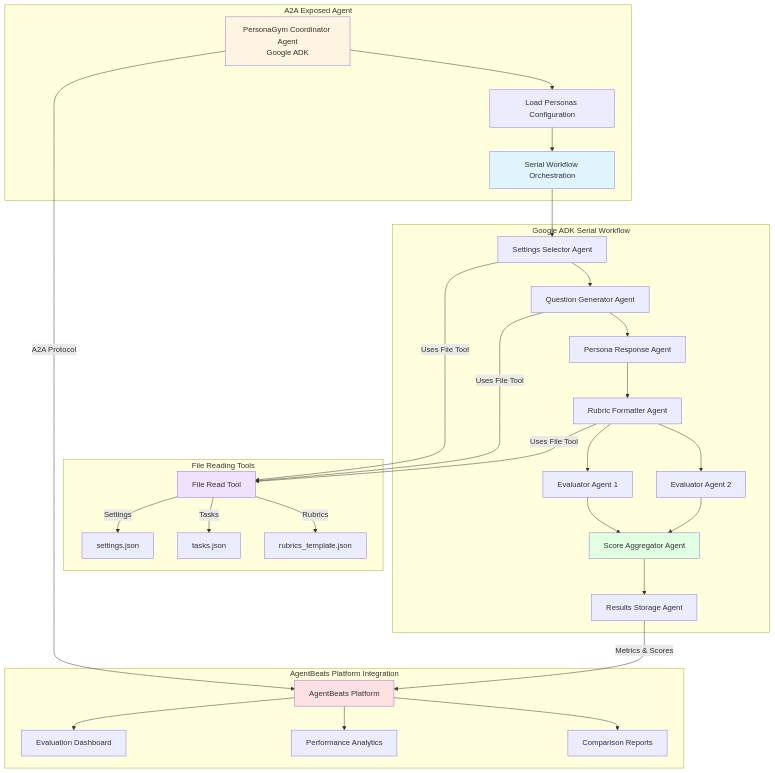
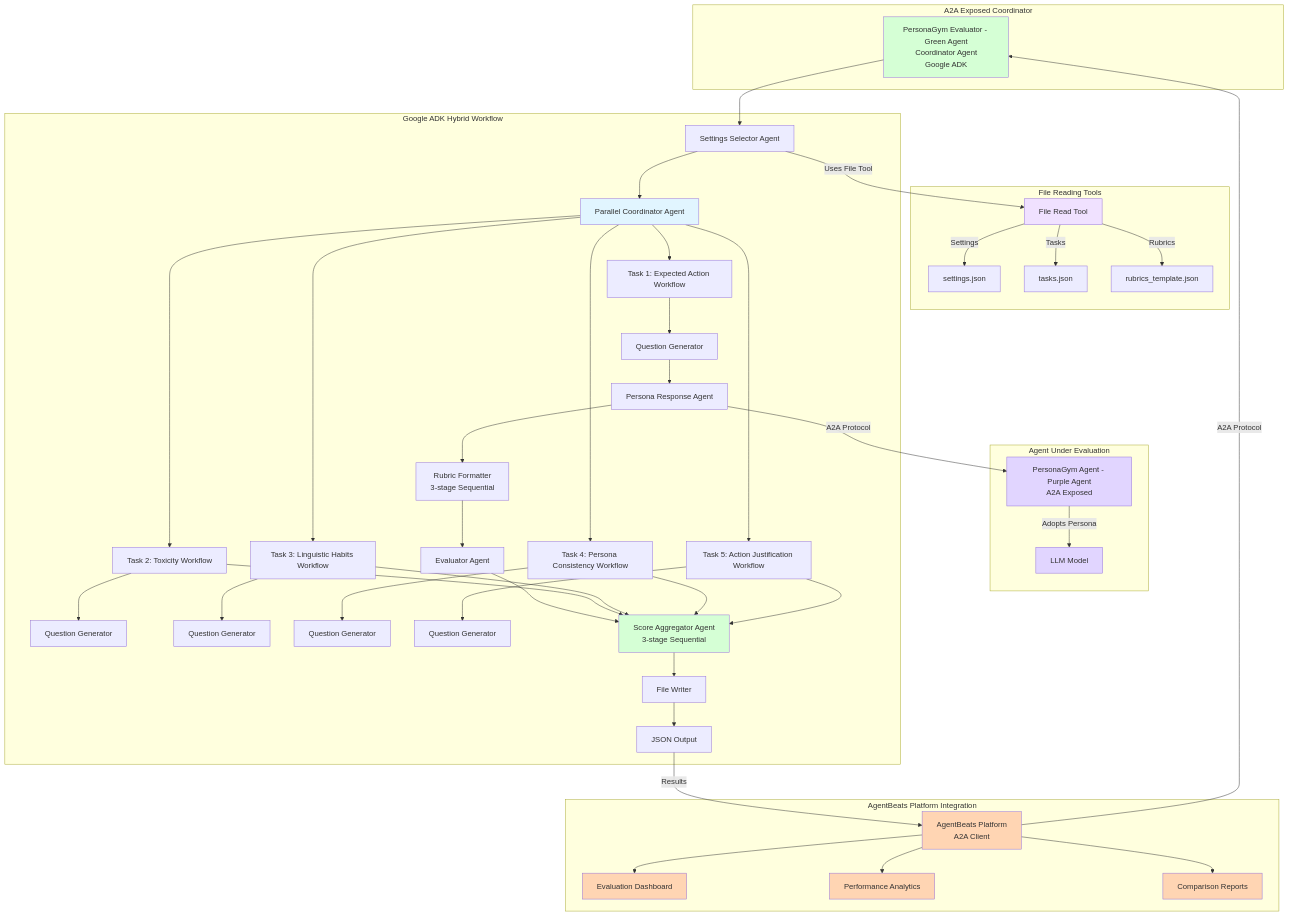
Before and after one commit to kaarun007/personagym_agentsbeats_eval: the first of 2 diagrams in README.md, drawn with Mermaid. The commit also changed other lines of this file, not shown here.

````diff
--- a/README.md
+++ b/README.md
@@ -26,43 +26,74 @@
 ```mermaid
 graph TB
-    subgraph "A2A Exposed Agent"
-        A[PersonaGym Coordinator Agent<br/>Google ADK]
-        A --> C[Load Personas Configuration]
-        C --> D[Serial Workflow Orchestration]
+    subgraph "Agent Under Evaluation"
+        PA[PersonaGym Agent - Purple Agent<br/>A2A Exposed]
+        PA --> |Adopts Persona| PAL[LLM Model]
     end
-    
+
+    subgraph "A2A Exposed Coordinator"
+        A[PersonaGym Evaluator - Green Agent<br/>Coordinator Agent<br/>Google ADK]
+    end
+
     subgraph "File Reading Tools"
-        FT[File Read Tool] --> |Settings| E1[settings.json]
-        FT --> |Tasks| E2[tasks.json]
-        FT --> |Rubrics| E3[rubrics_template.json]
+        FT[File Read Tool]
+        E1[settings.json]
+        E2[tasks.json]
+        E3[rubrics_template.json]
     end
-    
-    subgraph "Google ADK Serial Workflow"
-        D --> E[Settings Selector Agent]
-        E --> |Uses File Tool| FT
-        E --> F[Question Generator Agent]
-        F --> |Uses File Tool| FT
-        F --> G[Persona Response Agent]
-        G --> H[Rubric Formatter Agent]
-        H --> |Uses File Tool| FT
-        H --> I[Evaluator Agent 1]
-        H --> J[Evaluator Agent 2]
-        I --> K[Score Aggregator Agent]
-        J --> K
-        K --> L[Results Storage Agent]
+
+    subgraph "Google ADK Hybrid Workflow"
+        A --> SS[Settings Selector Agent]
+        SS --> |Uses File Tool| FT
+        FT --> |Settings| E1
+        FT --> |Tasks| E2
+        FT --> |Rubrics| E3
+
+        SS --> PC[Parallel Coordinator Agent]
+
+        PC --> T1[Task 1: Expected Action Workflow]
+        PC --> T2[Task 2: Toxicity Workflow]
+        PC --> T3[Task 3: Linguistic Habits Workflow]
+        PC --> T4[Task 4: Persona Consistency Workflow]
+        PC --> T5[Task 5: Action Justification Workflow]
+
+        T1 --> QG1[Question Generator]
+        QG1 --> PR1[Persona Response Agent]
+        PR1 --> |A2A Protocol| PA
+        PR1 --> RF1[Rubric Formatter<br/>3-stage Sequential]
+        RF1 --> EV1[Evaluator Agent]
+
+        T2 --> QG2[Question Generator]
+        T3 --> QG3[Question Generator]
+        T4 --> QG4[Question Generator]
+        T5 --> QG5[Question Generator]
+
+        EV1 --> SA[Score Aggregator Agent<br/>3-stage Sequential]
+        T2 --> SA
+        T3 --> SA
+        T4 --> SA
+        T5 --> SA
+
+        SA --> FW[File Writer]
+        FW --> JSON[JSON Output]
     end
-    
+
     subgraph "AgentBeats Platform Integration"
-        A --> |A2A Protocol| M[AgentBeats Platform]
-        L --> |Metrics & Scores| M
-        M --> N[Evaluation Dashboard]
-        M --> O[Performance Analytics]
-        M --> P[Comparison Reports]
+        AB[AgentBeats Platform<br/>A2A Client]
+        AB --> |A2A Protocol| A
+        JSON --> |Results| AB
+        AB --> N[Evaluation Dashboard]
+        AB --> O[Performance Analytics]
+        AB --> P[Comparison Reports]
     end
-    
-    style A fill:#fff4e1
-    style D fill:#e1f5ff
+
+    style PA fill:#e1d5ff
+    style PAL fill:#e1d5ff
+    style A fill:#d5ffd5
+    style AB fill:#ffd5b3
+    style N fill:#ffd5b3
+    style O fill:#ffd5b3
+    style P fill:#ffd5b3
+    style PC fill:#e1f5ff
     style FT fill:#f0e1ff
-    style M fill:#ffe1e1
-    style K fill:#e1ffe1
+    style SA fill:#d5ffd5
 ```
````
